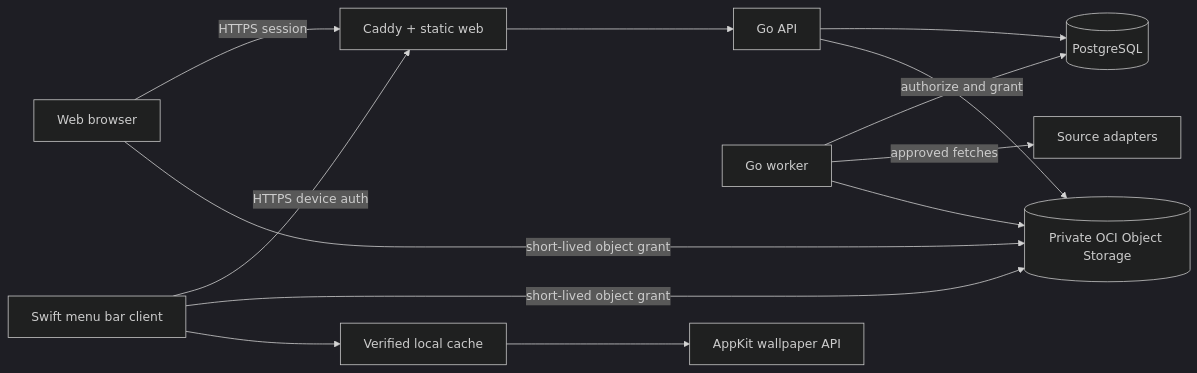
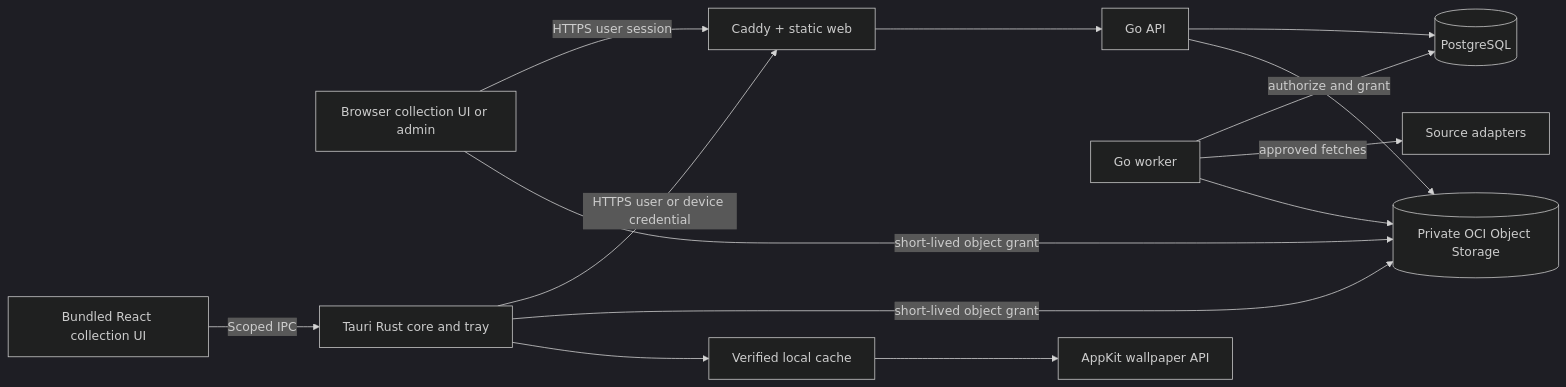
The diagram in docs/05-architecture.md (utkarshjosh/walls-app), drawn with Mermaid (dark theme) before and after one commit. The commit also changed other lines of this file and 17 other files, not shown here.

````diff
--- a/docs/05-architecture.md
+++ b/docs/05-architecture.md
@@ -7,15 +7,16 @@
 ```mermaid
 flowchart LR
-  Browser[Web browser] -->|HTTPS session| Edge[Caddy + static web]
-  Mac[Swift menu bar client] -->|HTTPS device auth| Edge
+  Browser[Browser collection UI or admin] -->|HTTPS user session| Edge[Caddy + static web]
+  UI[Bundled React collection UI] -->|Scoped IPC| Mac[Tauri Rust core and tray]
+  Mac -->|HTTPS user or device credential| Edge
   Edge --> API[Go API]
   API --> DB[(PostgreSQL)]
   Worker[Go worker] --> DB
   Worker -->|approved fetches| Sources[Source adapters]
   Worker --> Blob[(Private OCI Object Storage)]
   API -->|authorize and grant| Blob
   Browser -->|short-lived object grant| Blob
   Mac -->|short-lived object grant| Blob
   Mac --> Cache[Verified local cache]
   Cache --> AppKit[AppKit wallpaper API]
 ```
````
